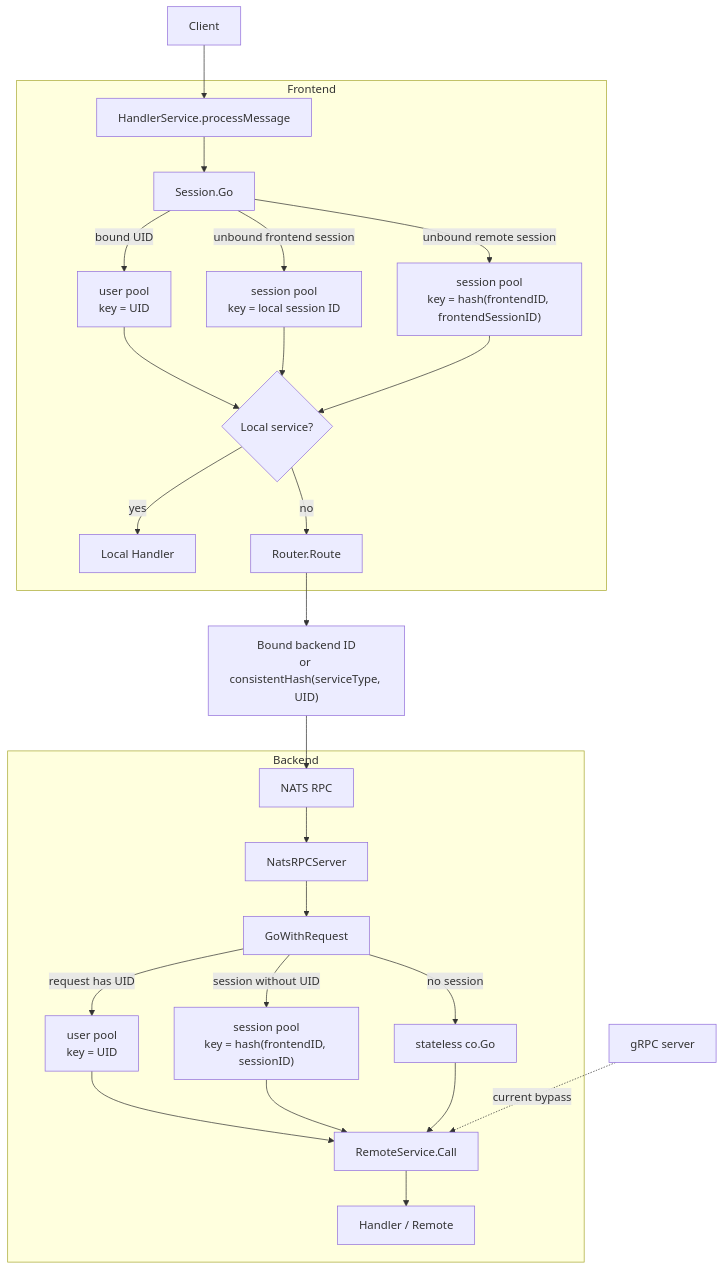
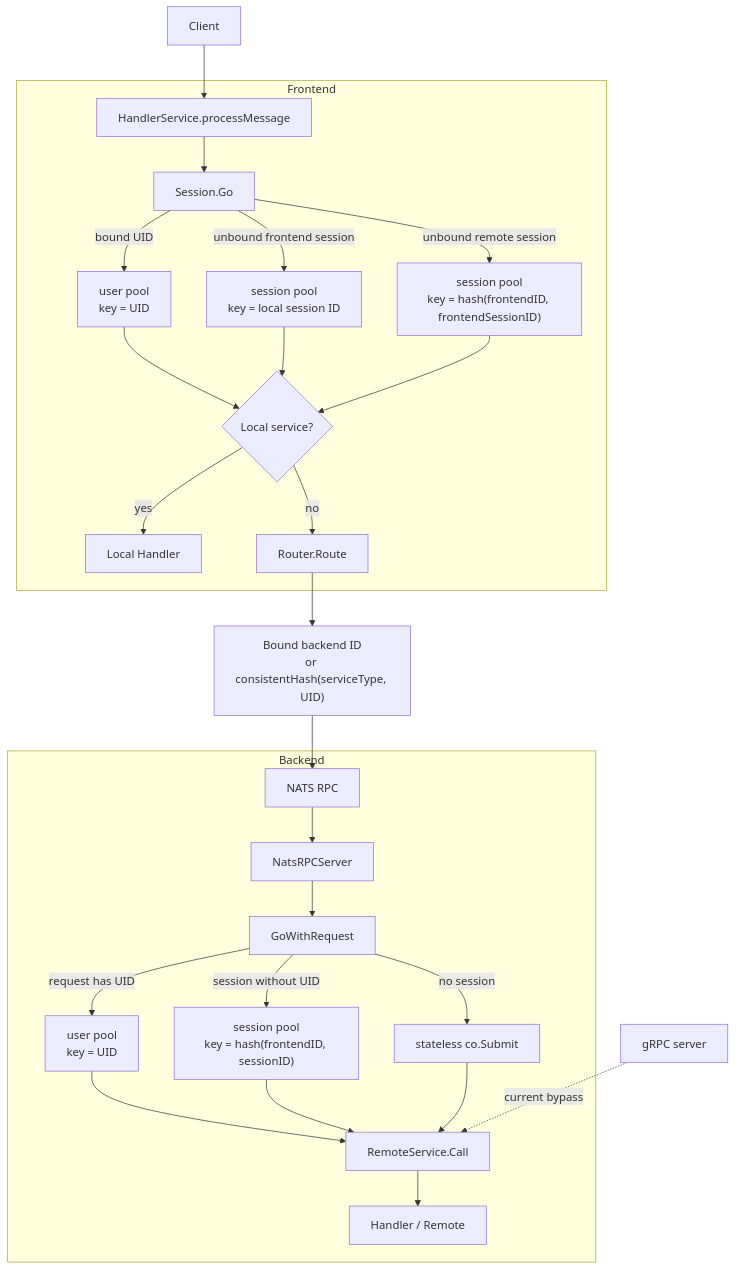
One commit to alkaid/pitaya changed the first of 4 diagrams in docs/actor-keyed-executor.md. Above: the diagram before and after it, drawn with Mermaid. The commit also changed other lines of this file and 15 other files, not shown here.

````diff
--- a/docs/actor-keyed-executor.md
+++ b/docs/actor-keyed-executor.md
@@ -31,33 +31,33 @@
 ```mermaid
 flowchart TD
     Client[Client] --> Process[HandlerService.processMessage]
 
     subgraph Frontend
         Process --> SessionGo[Session.Go]
         SessionGo -->|bound UID| FEUser["user pool<br/>key = UID"]
         SessionGo -->|unbound frontend session| FESession["session pool<br/>key = local session ID"]
         SessionGo -->|unbound remote session| FERemoteSession["session pool<br/>key = hash(frontendID, frontendSessionID)"]
         FEUser --> Target{Local service?}
         FESession --> Target
         FERemoteSession --> Target
         Target -->|yes| LocalHandler[Local Handler]
         Target -->|no| Router[Router.Route]
     end
 
     Router --> Select["Bound backend ID<br/>or consistentHash(serviceType, UID)"]
     Select --> NATS[NATS RPC]
 
     subgraph Backend
         NATS --> NatsServer[NatsRPCServer]
         NatsServer --> Dispatch[GoWithRequest]
         Dispatch -->|request has UID| BEUser["user pool<br/>key = UID"]
         Dispatch -->|session without UID| BESession["session pool<br/>key = hash(frontendID, sessionID)"]
-        Dispatch -->|no session| Stateless[stateless co.Go]
+        Dispatch -->|no session| Stateless[stateless co.Submit]
         BEUser --> RemoteCall[RemoteService.Call]
         BESession --> RemoteCall
         Stateless --> RemoteCall
         RemoteCall --> RemoteHandler[Handler / Remote]
     end
 
     GRPC[gRPC server] -. current bypass .-> RemoteCall
 ```
````
